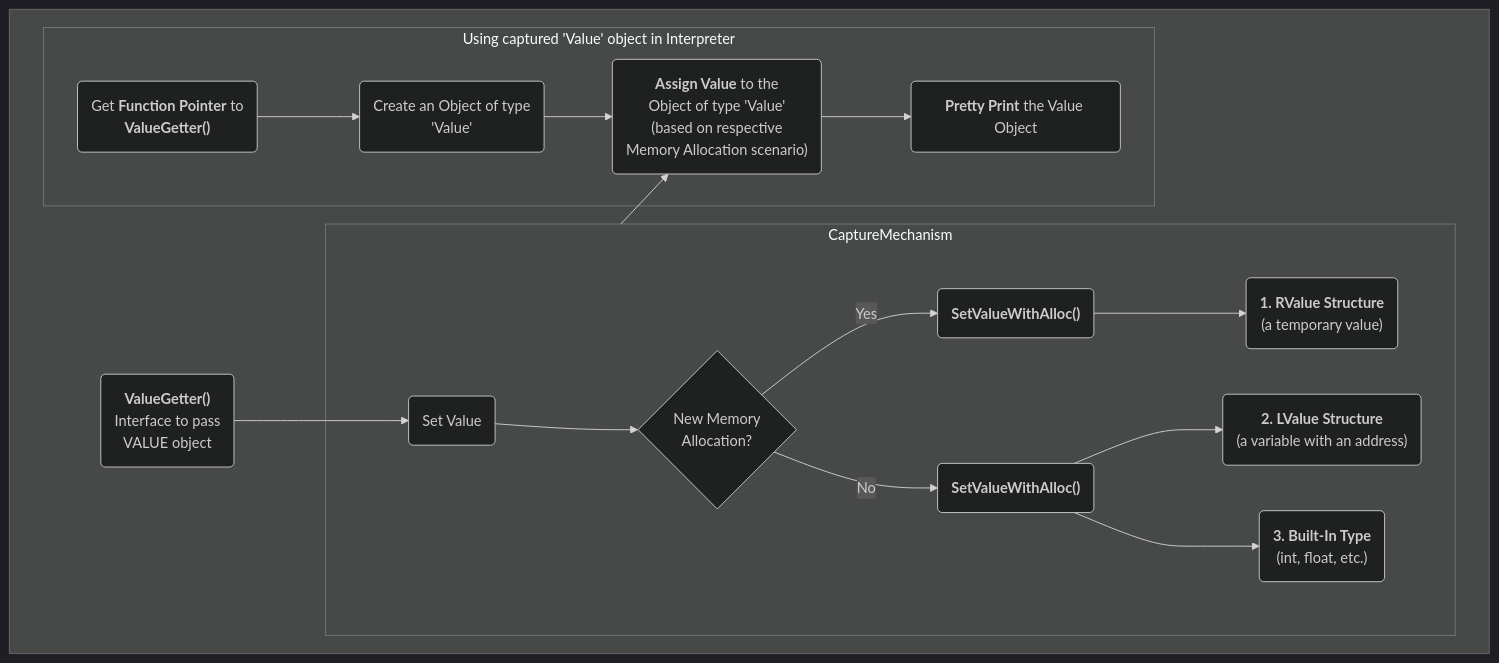
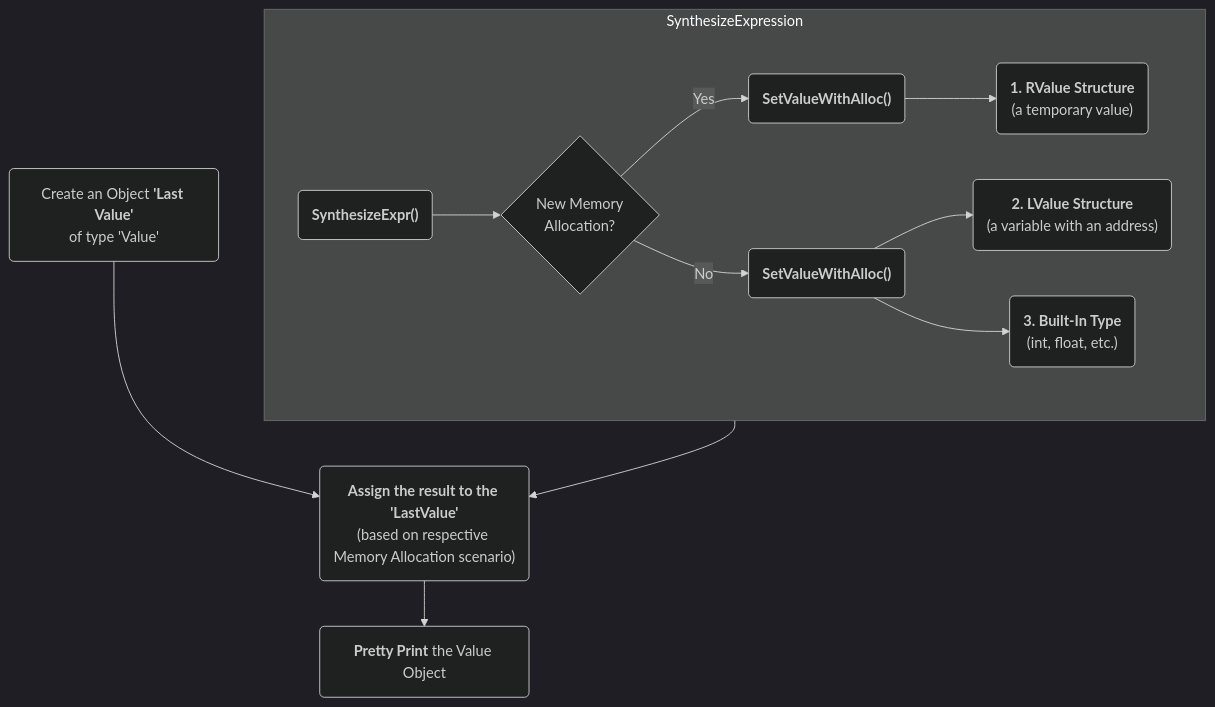
One commit to QuillPusher/QP_Drafts changed the diagram in Value_Interface.md. Above: the diagram before and after it, drawn with Mermaid (dark theme). The commit also changed other lines of this file and 1 other file, not shown here.

````diff
--- a/Value_Interface.md
+++ b/Value_Interface.md
@@ -14,21 +36,16 @@
 ```mermaid
 graph TD
-subgraph  
-A("<b>ValueGetter()</b>"</br>Interface to pass</br>VALUE object) --> B(Set Value)
-subgraph CaptureMechanism
+  J(Create an Object <b>'Last Value'</b></br>of type 'Value')
+  J --> K("<b>Assign the result to the 'LastValue'</b></br>(based on respective </br>Memory Allocation scenario)")
+  K --> L(<b>Pretty Print</b> the Value Object)
+subgraph SynthesizeExpression
+B("<b>SynthesizeExpr()</b>")
 B --> C{New Memory </br> Allocation?}
 C -->|Yes| D("<b>SetValueWithAlloc()</b>")
 D --> E("<b>1. RValue Structure</b></br>(a temporary value)")
 C -->|No| F("<b>SetValueWithAlloc()</b>")
 F --> G("<b>2. LValue Structure</b></br>(a variable with an address)")
 F --> H("<b>3. Built-In Type</b></br>(int, float, etc.)")
 end
-subgraph Using captured 'Value' object in Interpreter
-  I("Get <b>Function Pointer</b> to </br><b>ValueGetter()</b>")
-  I --> J(Create an Object of type </br>'Value')
-  J --> K("<b>Assign Value</b> to the <br>Object of type 'Value'</br>(based on respective </br>Memory Allocation scenario)")
-  K --> L(<b>Pretty Print</b> the Value Object)
-end
-end
-CaptureMechanism --> K
+SynthesizeExpression --> K
 ```
````
